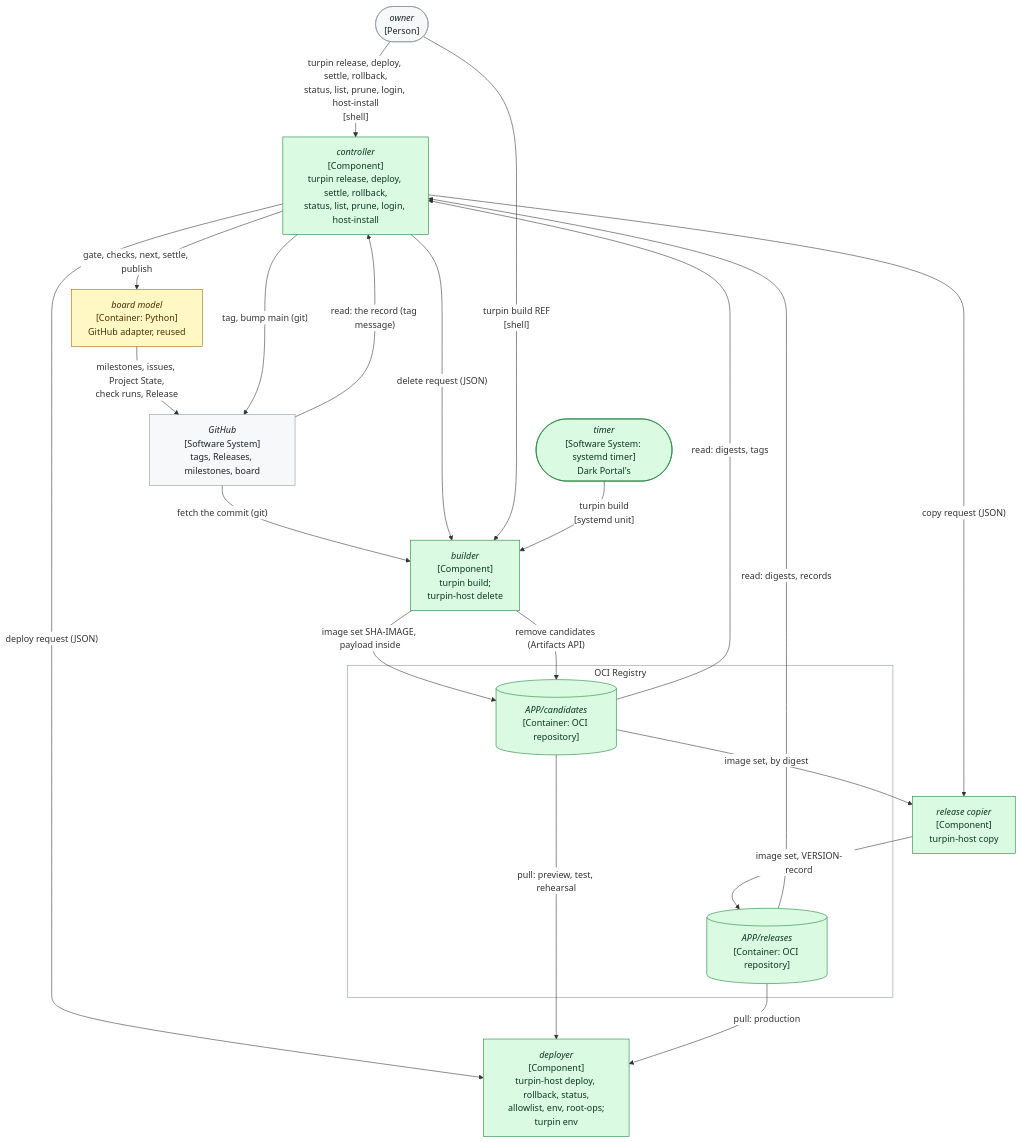
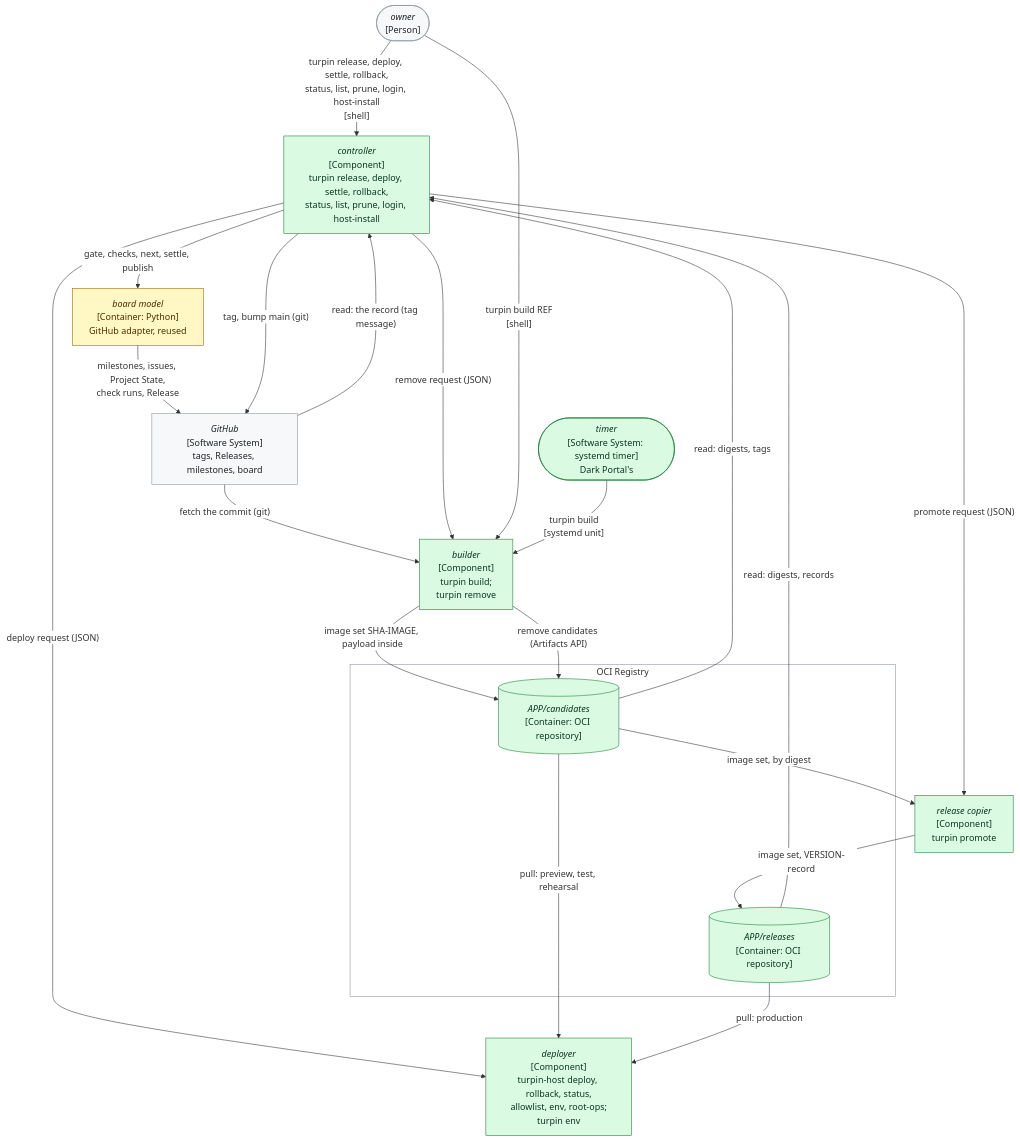
One commit to delphside/programme changed the first of 10 diagrams in records/2.5-changes/programme-tooling/117-generic-deliver-tool/design.md. Above: the diagram before and after it, drawn with Mermaid. The commit also changed other lines of this file, not shown here.

First line of the commit message:
Change 117: copy and delete as Python turpin commands; translators

````diff
--- a/records/2.5-changes/programme-tooling/117-generic-deliver-tool/design.md
+++ b/records/2.5-changes/programme-tooling/117-generic-deliver-tool/design.md
@@ -132,41 +133,41 @@
 ```mermaid
 %%{init: {"themeVariables": {"clusterBkg": "#ffffff", "clusterBorder": "#8c959f", "edgeLabelBackground": "#ffffff"}}}%%
 flowchart TB
   OWN(["<i>owner</i><br>[Person]"])
   TIMER(["<i>timer</i><br>[Software System: systemd timer]<br>Dark Portal's"])
   CTL["<i>controller</i><br>[Component]<br>turpin release, deploy, settle, rollback,<br>status, list, prune, login, host-install"]
-  BLD["<i>builder</i><br>[Component]<br>turpin build;<br>turpin-host delete"]
-  COPY["<i>release copier</i><br>[Component]<br>turpin-host copy"]
+  BLD["<i>builder</i><br>[Component]<br>turpin build;<br>turpin remove"]
+  COPY["<i>release copier</i><br>[Component]<br>turpin promote"]
   DEP["<i>deployer</i><br>[Component]<br>turpin-host deploy, rollback, status,<br>allowlist, env, root-ops;<br>turpin env"]
   subgraph OCIR["OCI Registry"]
     CAND[("<i>APP/candidates</i><br>[Container: OCI repository]")]
     REL[("<i>APP/releases</i><br>[Container: OCI repository]")]
   end
   GH["<i>GitHub</i><br>[Software System]<br>tags, Releases, milestones, board"]
   BM["<i>board model</i><br>[Container: Python]<br>GitHub adapter, reused"]
   CTL -->|"gate, checks, next, settle, publish"| BM
   BM -->|"milestones, issues, Project State,<br>check runs, Release"| GH
   BLD -->|"image set SHA-IMAGE, payload inside"| CAND
   GH -->|"fetch the commit (git)"| BLD
   CAND -->|"read: digests, tags"| CTL
   REL -->|"read: digests, records"| CTL
-  CTL -->|"delete request (JSON)"| BLD
+  CTL -->|"remove request (JSON)"| BLD
   BLD -->|"remove candidates (Artifacts API)"| CAND
-  CTL -->|"copy request (JSON)"| COPY
+  CTL -->|"promote request (JSON)"| COPY
   CAND -->|"image set, by digest"| COPY
   COPY -->|"image set, VERSION-record"| REL
   CTL -->|"deploy request (JSON)"| DEP
   CAND -->|"pull: preview, test, rehearsal"| DEP
   REL -->|"pull: production"| DEP
   CTL -->|"tag, bump main (git)"| GH
   GH -->|"read: the record (tag message)"| CTL
   OWN -->|"turpin release, deploy, settle, rollback,<br>status, list, prune, login, host-install<br>[shell]"| CTL
   OWN -->|"turpin build REF<br>[shell]"| BLD
   TIMER -->|"turpin build<br>[systemd unit]"| BLD
   classDef unchanged    fill:#f6f8fa,stroke:#8c959f,color:#1f2328
   classDef new          fill:#dafbe1,stroke:#1a7f37,color:#0a3622
   classDef changed      fill:#fff8c5,stroke:#9a6700,color:#4d2d00
   class TIMER,CTL,BLD,COPY,DEP,CAND,REL new
   class BM changed
   class OWN,GH unchanged
 ```
````
